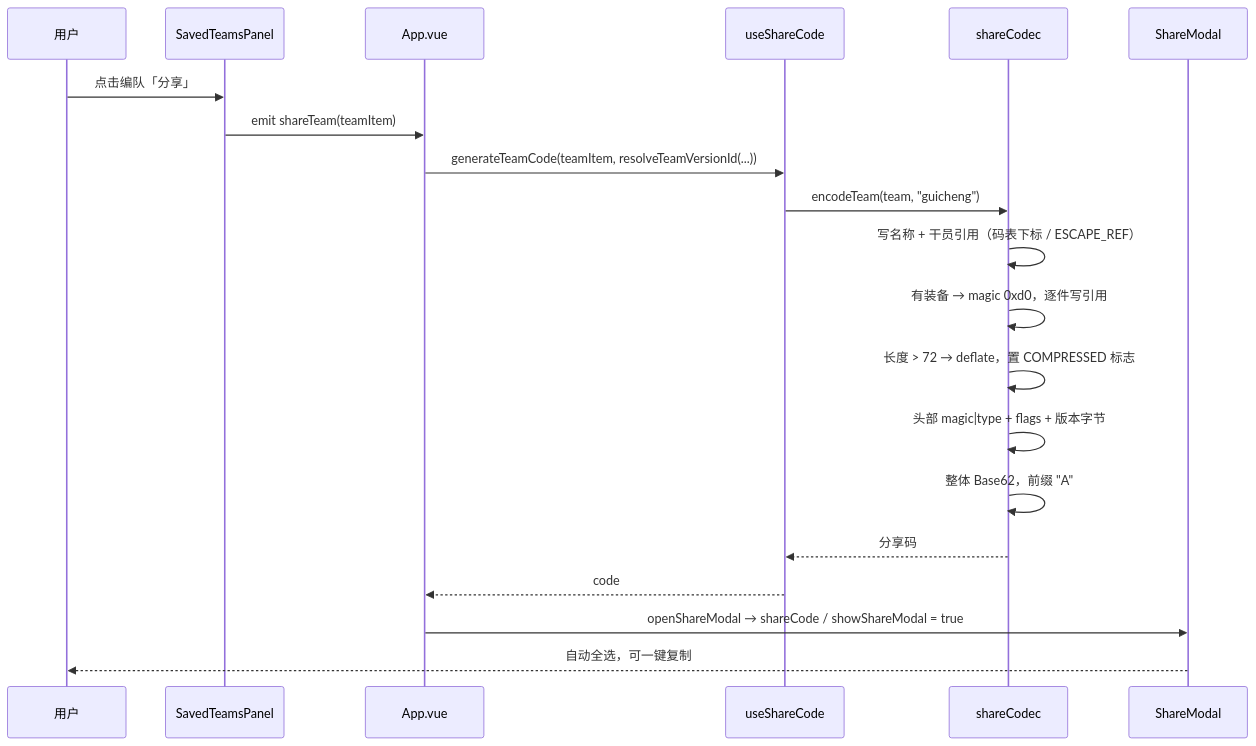
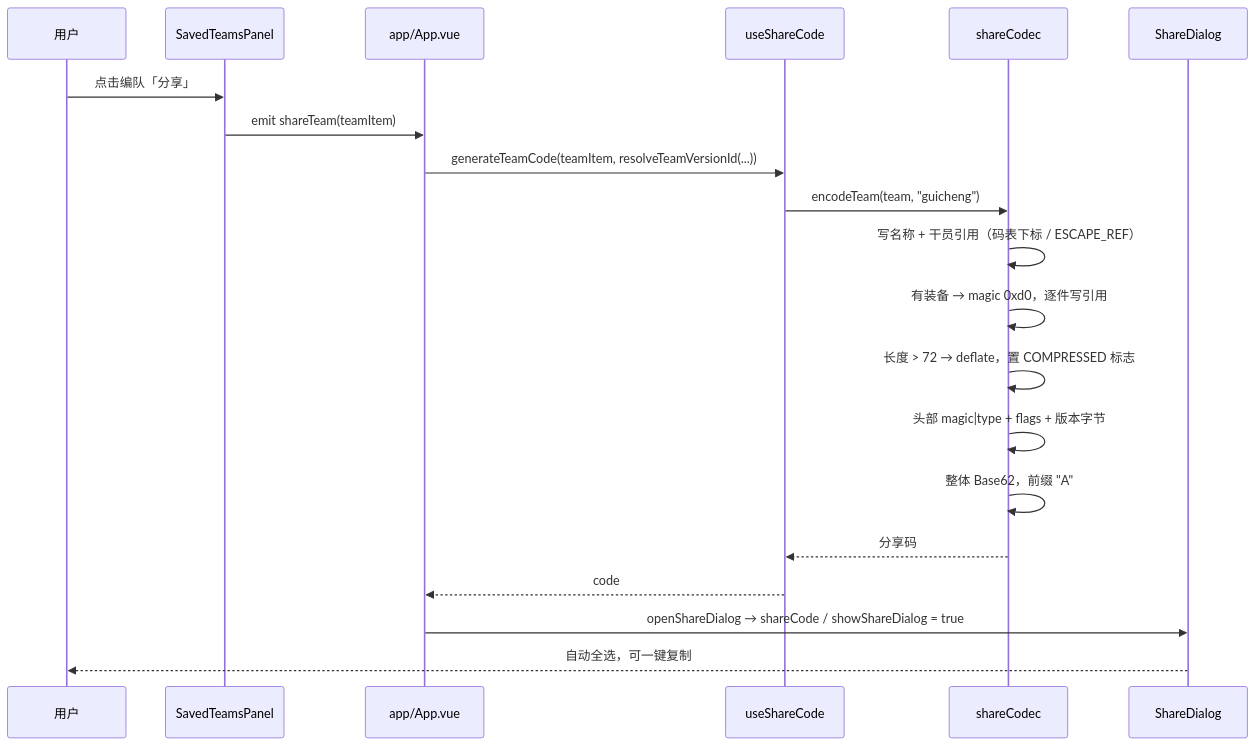
One commit to yeyeye613/Arknights-alliance-tool changed the seventh of 9 diagrams in architecture/data-flow.md. Above: the diagram before and after it, drawn with Mermaid. The commit also changed other lines of this file and 7 other files, not shown here.

````diff
--- a/architecture/data-flow.md
+++ b/architecture/data-flow.md
@@ -207,23 +207,23 @@
 ```mermaid
 sequenceDiagram
   participant U as 用户
   participant S as SavedTeamsPanel
-  participant A as App.vue
+  participant A as app/App.vue
   participant SC as useShareCode
   participant CD as shareCodec
-  participant M as ShareModal
+  participant M as ShareDialog
 
   U->>S: 点击编队「分享」
   S->>A: emit shareTeam(teamItem)
   A->>SC: generateTeamCode(teamItem, resolveTeamVersionId(...))
   SC->>CD: encodeTeam(team, "guicheng")
   CD->>CD: 写名称 + 干员引用（码表下标 / ESCAPE_REF）
   CD->>CD: 有装备 → magic 0xd0，逐件写引用
   CD->>CD: 长度 > 72 → deflate，置 COMPRESSED 标志
   CD->>CD: 头部 magic|type + flags + 版本字节
   CD->>CD: 整体 Base62，前缀 "A"
   CD-->>SC: 分享码
   SC-->>A: code
-  A->>M: openShareModal → shareCode / showShareModal = true
+  A->>M: openShareDialog → shareCode / showShareDialog = true
   M-->>U: 自动全选，可一键复制
 ```
````
